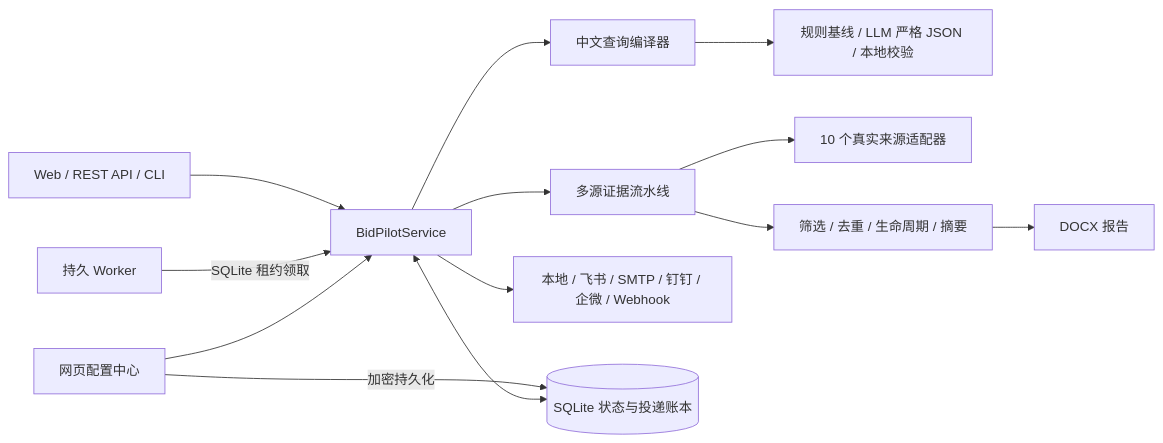
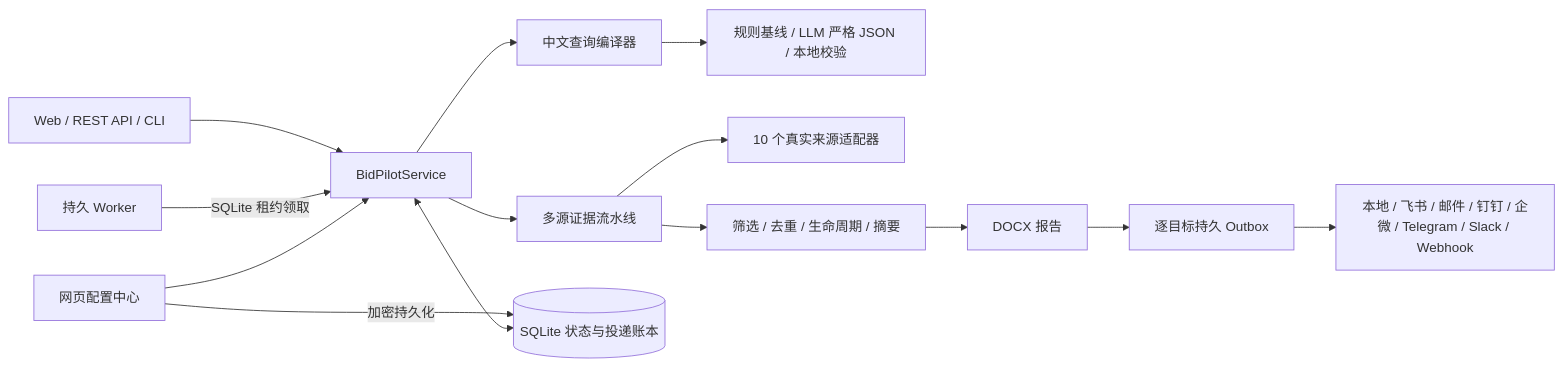
The diagram in README.md (gitchw/bidpilot), drawn with Mermaid before and after one commit. The commit also changed other lines of this file and 28 other files, not shown here.

````diff
--- a/README.md
+++ b/README.md
@@ -34,15 +36,16 @@
 ```mermaid
 flowchart LR
     U["Web / REST API / CLI"] --> S["BidPilotService"]
     W["持久 Worker"] -->|"SQLite 租约领取"| S
     S --> Q["中文查询编译器"]
     Q --> H["规则基线 / LLM 严格 JSON / 本地校验"]
     S --> P["多源证据流水线"]
     P --> A["10 个真实来源适配器"]
     P --> N["筛选 / 去重 / 生命周期 / 摘要"]
     N --> R["DOCX 报告"]
-    S --> D["本地 / 飞书 / SMTP / 钉钉 / 企微 / Webhook"]
+    R --> O["逐目标持久 Outbox"]
+    O --> D["本地 / 飞书 / 邮件 / 钉钉 / 企微 / Telegram / Slack / Webhook"]
     C["网页配置中心"] -->|"加密持久化"| DB
     C --> S
     S <--> DB[("SQLite 状态与投递账本")]
 ```
````
